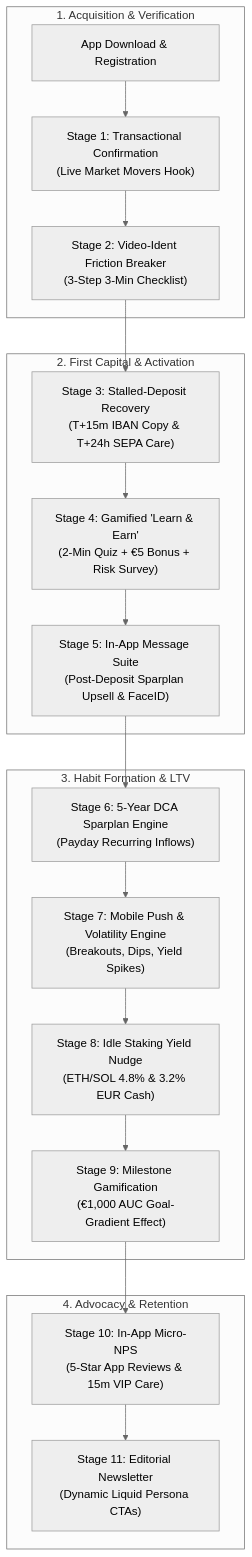
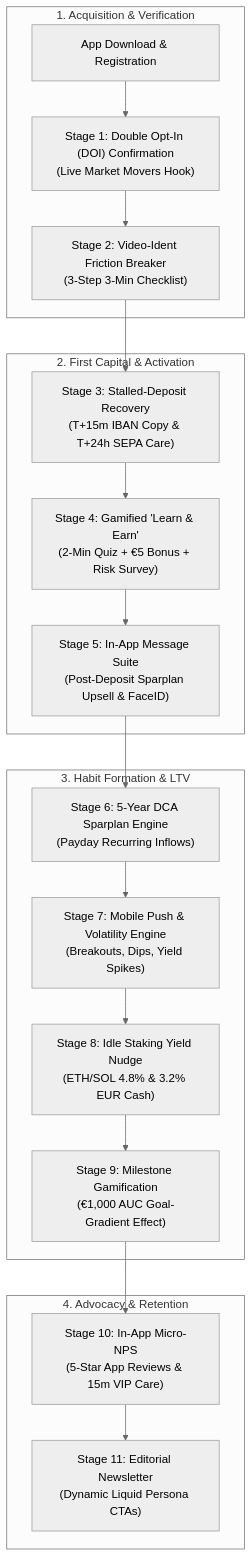
One commit to Faizan021/crypto-trading-growth-engine changed the diagram in README.md. Above: the diagram before and after it, drawn with Mermaid (neutral theme). The commit also changed other lines of this file and 2 other files, not shown here.

Commit message:
refactor(terminology): update Stage 1 to Double Opt-In (DOI) Confirmation & Activation Momentum

````diff
--- a/README.md
+++ b/README.md
@@ -15,25 +15,25 @@
 ```mermaid
 flowchart TD
     subgraph S1["1. Acquisition & Verification"]
-        A["App Download & Registration"] --> B["Stage 1: Transactional Confirmation<br>(Live Market Movers Hook)"]
+        A["App Download & Registration"] --> B["Stage 1: Double Opt-In (DOI) Confirmation<br>(Live Market Movers Hook)"]
         B --> C["Stage 2: Video-Ident Friction Breaker<br>(3-Step 3-Min Checklist)"]
     end
 
     subgraph S2["2. First Capital & Activation"]
         C --> D["Stage 3: Stalled-Deposit Recovery<br>(T+15m IBAN Copy & T+24h SEPA Care)"]
         D --> E["Stage 4: Gamified 'Learn & Earn'<br>(2-Min Quiz + €5 Bonus + Risk Survey)"]
         E --> F["Stage 5: In-App Message Suite<br>(Post-Deposit Sparplan Upsell & FaceID)"]
     end
 
     subgraph S3["3. Habit Formation & LTV"]
         F --> G["Stage 6: 5-Year DCA Sparplan Engine<br>(Payday Recurring Inflows)"]
         G --> H["Stage 7: Mobile Push & Volatility Engine<br>(Breakouts, Dips, Yield Spikes)"]
         H --> I["Stage 8: Idle Staking Yield Nudge<br>(ETH/SOL 4.8% & 3.2% EUR Cash)"]
         I --> J["Stage 9: Milestone Gamification<br>(€1,000 AUC Goal-Gradient Effect)"]
     end
 
     subgraph S4["4. Advocacy & Retention"]
         J --> K["Stage 10: In-App Micro-NPS<br>(5-Star App Reviews & 15m VIP Care)"]
         K --> L["Stage 11: Editorial Newsletter<br>(Dynamic Liquid Persona CTAs)"]
     end
 ```
````
